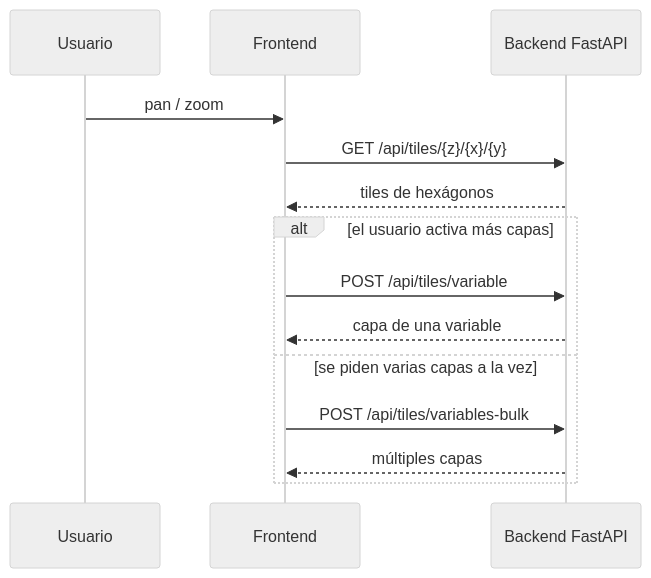
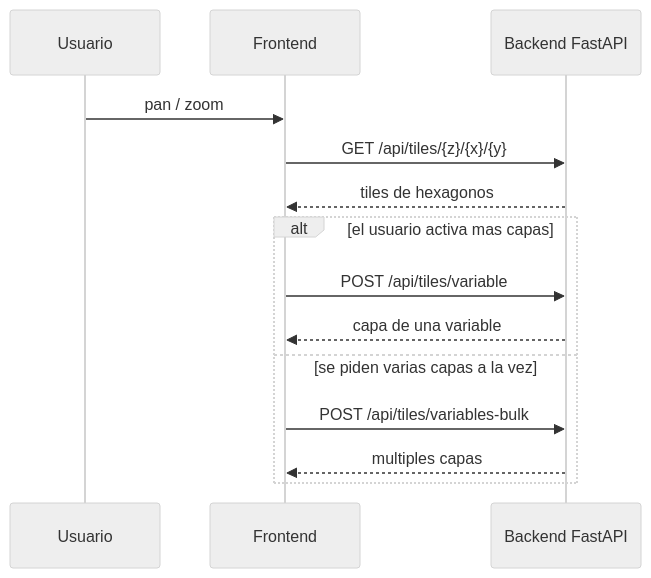
One commit to DimensionSwVento/AppVento changed the third of 5 diagrams in docs/architecture/diagrama-de-integracion-y-uso.md. Above: the diagram before and after it, drawn with Mermaid (neutral theme). The commit also changed other lines of this file, not shown here.

Commit message:
Update integration document with a simplified Mermaid-safe version

````diff
--- a/docs/architecture/diagrama-de-integracion-y-uso.md
+++ b/docs/architecture/diagrama-de-integracion-y-uso.md
@@ -103,18 +103,18 @@
 ```mermaid
 sequenceDiagram
     participant U as Usuario
     participant F as Frontend
     participant B as Backend FastAPI
 
     U->>F: pan / zoom
     F->>B: GET /api/tiles/{z}/{x}/{y}
-    B-->>F: tiles de hexágonos
+    B-->>F: tiles de hexagonos
 
-    alt el usuario activa más capas
+    alt el usuario activa mas capas
         F->>B: POST /api/tiles/variable
         B-->>F: capa de una variable
     else se piden varias capas a la vez
         F->>B: POST /api/tiles/variables-bulk
-        B-->>F: múltiples capas
+        B-->>F: multiples capas
     end
 ```
````
